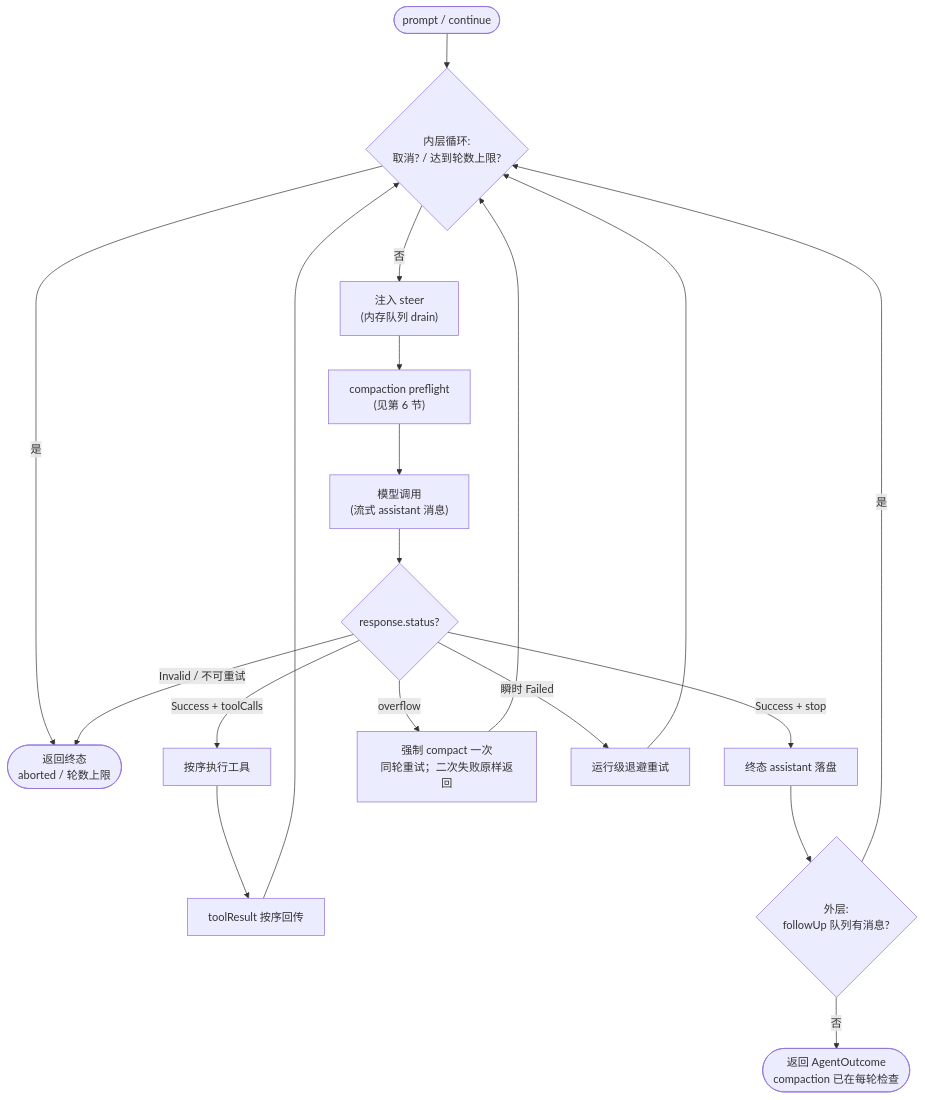
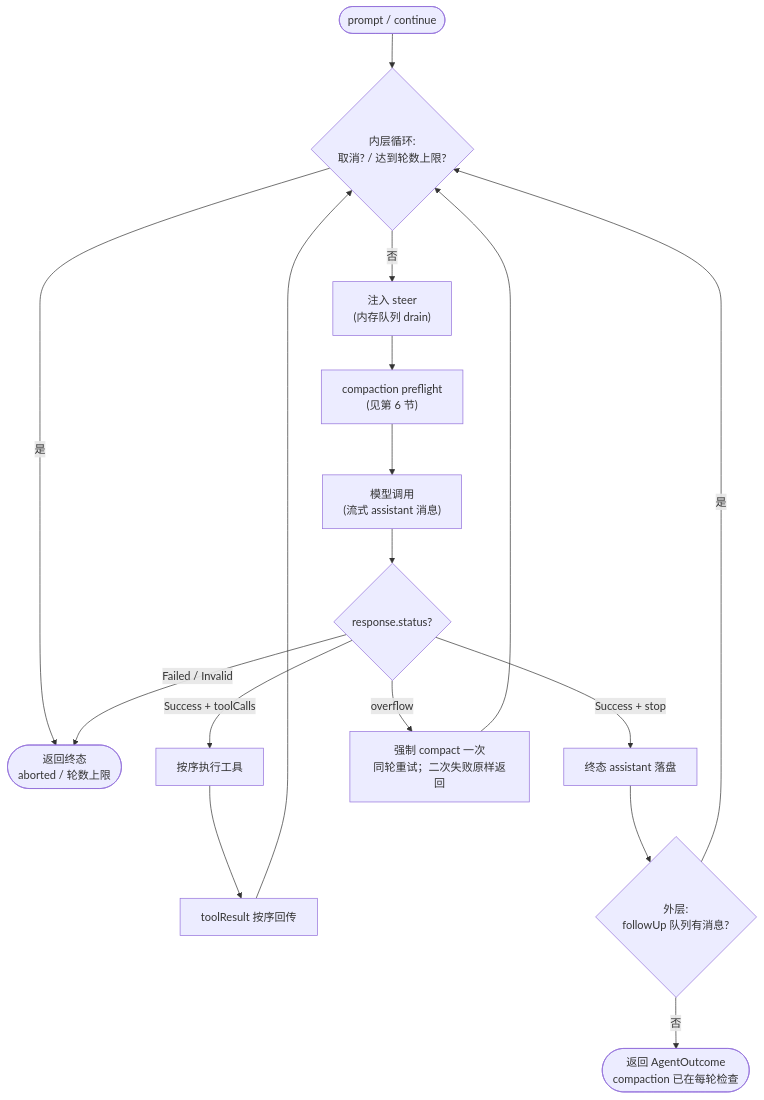
The third of 8 diagrams in docs/singularity.md (qjcnmd/singularity-agent), drawn with Mermaid before and after one commit. The commit also changed other lines of this file and 8 other files, not shown here.

````diff
--- a/docs/singularity.md
+++ b/docs/singularity.md
@@ -94,21 +94,19 @@
 ```mermaid
 flowchart TD
     A(["prompt / continue"]) --> B{"内层循环:<br/>取消? / 达到轮数上限?"}
     B -- 是 --> Z(["返回终态<br/>aborted / 轮数上限"])
     B -- 否 --> C["注入 steer<br/>(内存队列 drain)"]
     C --> D["compaction preflight<br/>(见第 6 节)"]
     D --> E["模型调用<br/>(流式 assistant 消息)"]
     E --> F{"response.status?"}
     F -- "Success + toolCalls" --> G["按序执行工具"]
     G --> H["toolResult 按序回传"]
     H --> B
     F -- "Success + stop" --> I["终态 assistant 落盘"]
     F -- "overflow" --> J["强制 compact 一次<br/>同轮重试；二次失败原样返回"]
     J --> B
-    F -- "瞬时 Failed" --> K["运行级退避重试"]
-    K --> B
-    F -- "Invalid / 不可重试" --> Z
+    F -- "Failed / Invalid" --> Z
     I --> L{"外层:<br/>followUp 队列有消息?"}
     L -- 是 --> B
     L -- 否 --> M(["返回 AgentOutcome<br/>compaction 已在每轮检查"])
 ```
````
